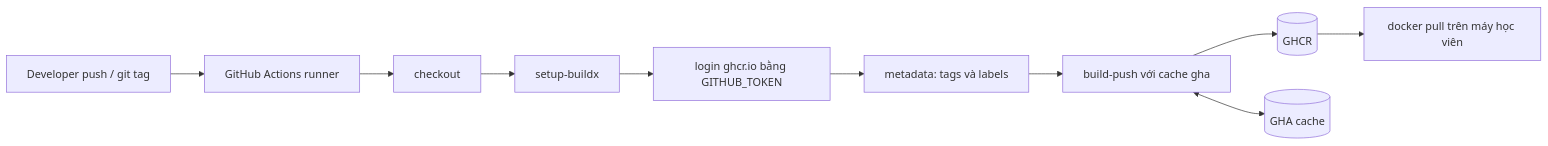
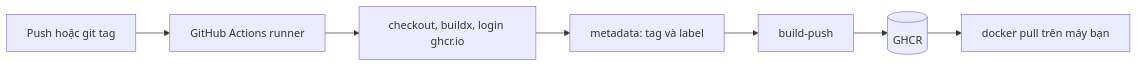
One commit to TienNHM/devops-course changed the diagram in labs/week-09/session-18.md. Above: the diagram before and after it, drawn with Mermaid. The commit also changed other lines of this file and 266 other files, not shown here.

````diff
--- a/labs/week-09/session-18.md
+++ b/labs/week-09/session-18.md
@@ -82,12 +55,9 @@
 ```mermaid
 flowchart LR
-    Dev["Developer push / git tag"] --> GH["GitHub Actions runner"]
-    GH --> Co["checkout"]
-    Co --> Bx["setup-buildx"]
-    Bx --> Lg["login ghcr.io bằng GITHUB_TOKEN"]
-    Lg --> Md["metadata: tags và labels"]
-    Md --> Bp["build-push với cache gha"]
+    Dev["Push hoặc git tag"] --> GH["GitHub Actions runner"]
+    GH --> Bx["checkout, buildx, login ghcr.io"]
+    Bx --> Md["metadata: tag và label"]
+    Md --> Bp["build-push"]
     Bp --> Reg[("GHCR")]
-    Reg --> Pull["docker pull trên máy học viên"]
-    Bp <--> Cache[("GHA cache")]
+    Reg --> Pull["docker pull trên máy bạn"]
 ```
````
